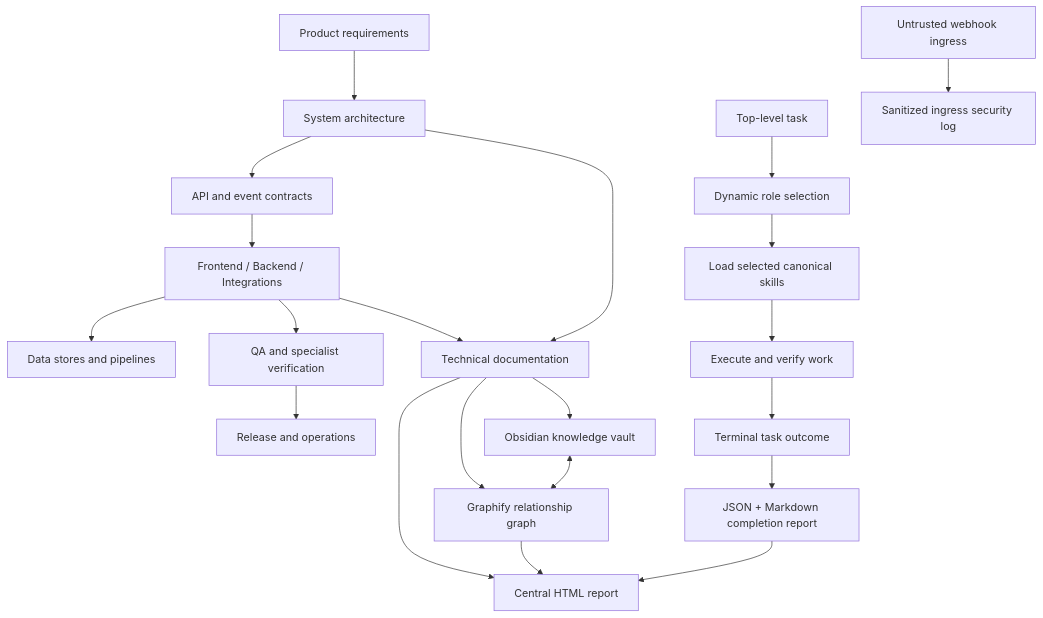
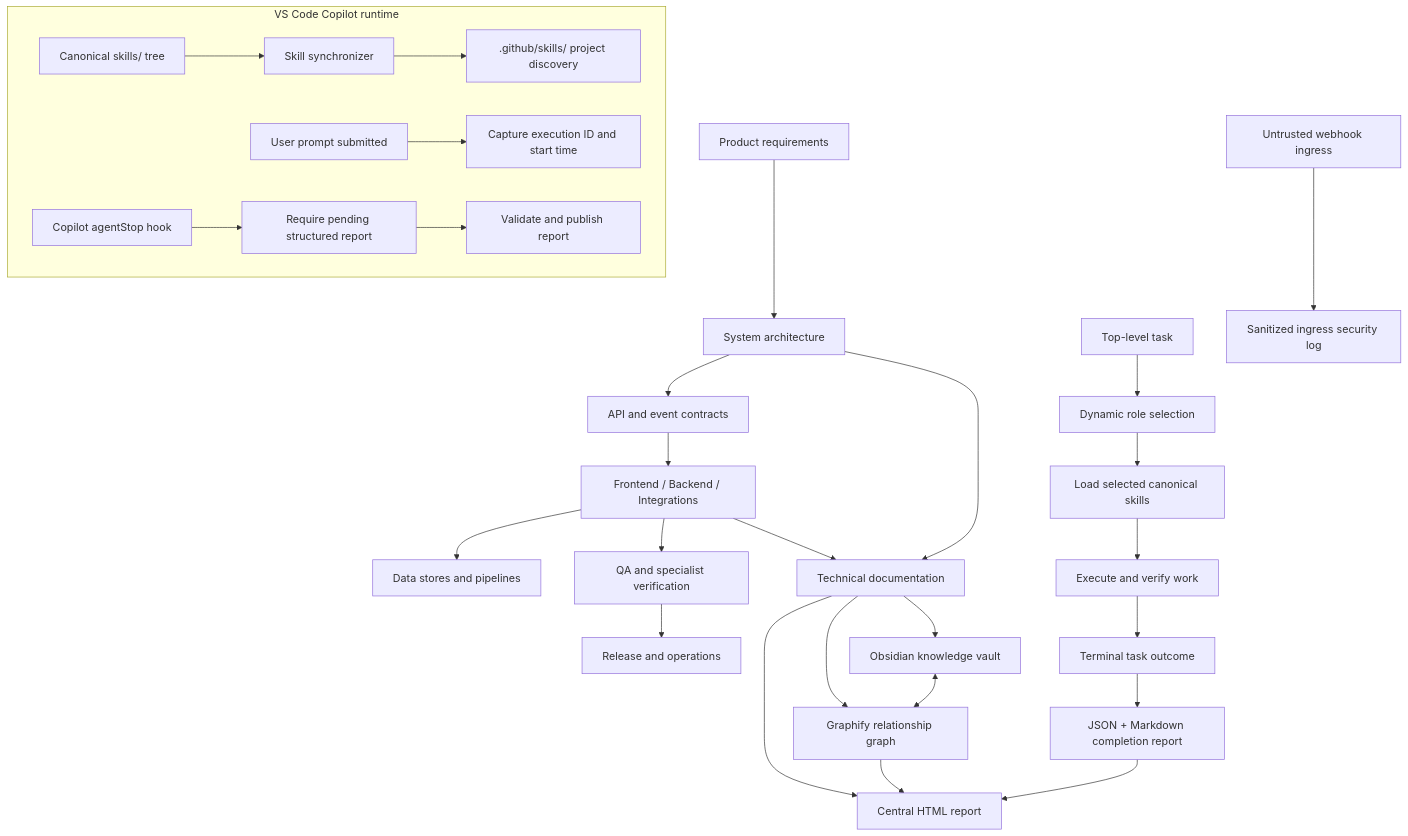
The diagram in docs/knowledge/graph/system-map.mmd (crississipi/universal-engineering-team), drawn with Mermaid before and after one commit. The commit also changed 3 other files, not shown here.

Commit message:
docs: map Copilot runtime integration and harden hook validation

```diff
--- a/docs/knowledge/graph/system-map.mmd
+++ b/docs/knowledge/graph/system-map.mmd
@@ -1,22 +1,30 @@
 flowchart TD
   Product[Product requirements] --> Architecture[System architecture]
   Architecture --> Contracts[API and event contracts]
   Contracts --> Implementation[Frontend / Backend / Integrations]
   Implementation --> Data[Data stores and pipelines]
   Implementation --> Quality[QA and specialist verification]
   Quality --> Release[Release and operations]
   Implementation --> Docs[Technical documentation]
   Architecture --> Docs
   Docs --> Obsidian[Obsidian knowledge vault]
   Docs --> Graph[Graphify relationship graph]
   Docs --> Report[Central HTML report]
   Obsidian <--> Graph
   Graph --> Report
 
   Prompt[Top-level task] --> RoleSelect[Dynamic role selection]
   RoleSelect --> RoleSkills[Load selected canonical skills]
   RoleSkills --> TaskWork[Execute and verify work]
   TaskWork --> Completion[Terminal task outcome]
   Completion --> TaskReport[JSON + Markdown completion report]
   TaskReport --> Report[Central HTML report]
   Ingress[Untrusted webhook ingress] --> SecurityLog[Sanitized ingress security log]
+
+  subgraph CopilotRuntime[VS Code Copilot runtime]
+    CanonicalSkills[Canonical skills/ tree] --> SkillSync[Skill synchronizer]
+    SkillSync --> CopilotSkills[.github/skills/ project discovery]
+    PromptSubmit[User prompt submitted] --> PromptState[Capture execution ID and start time]
+    AgentStop[Copilot agentStop hook] --> PendingReport[Require pending structured report]
+    PendingReport --> ReportValidator[Validate and publish report]
+  end
```
